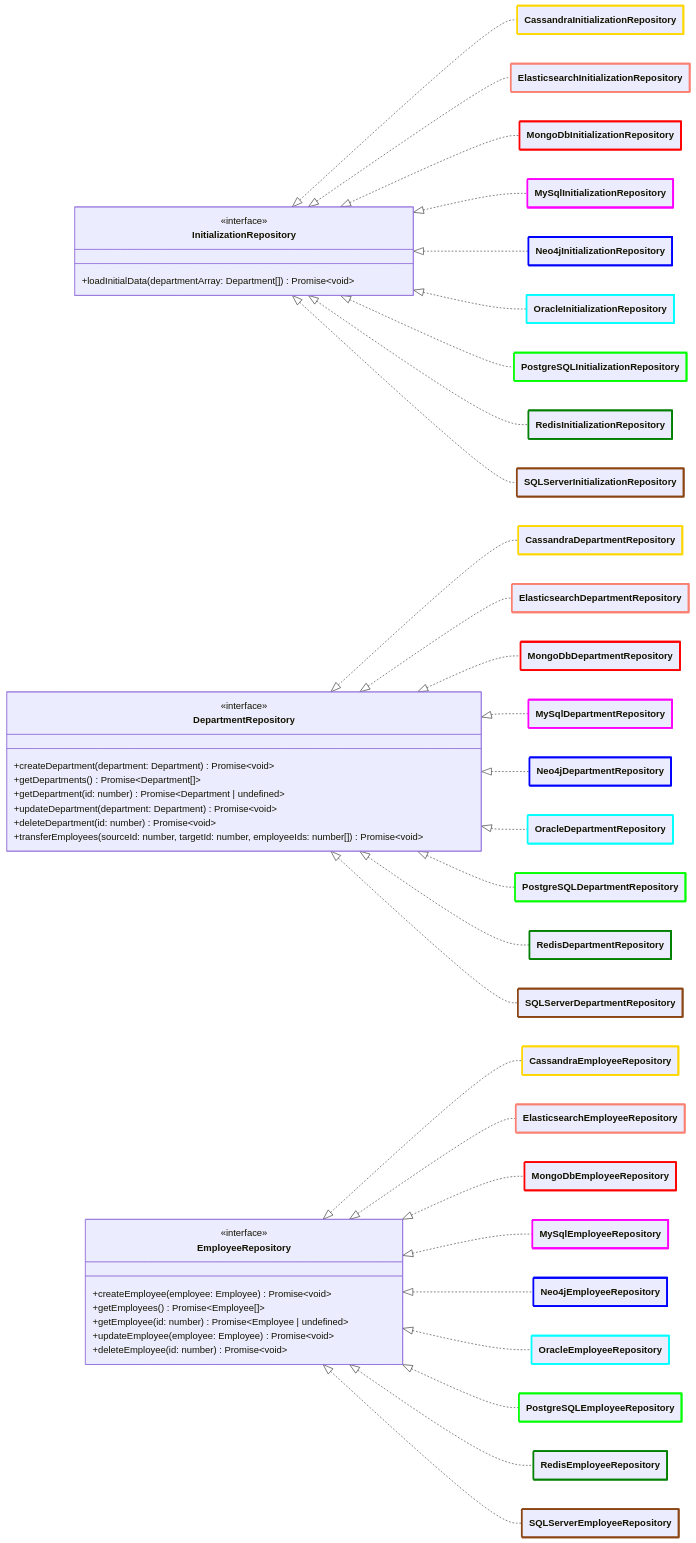
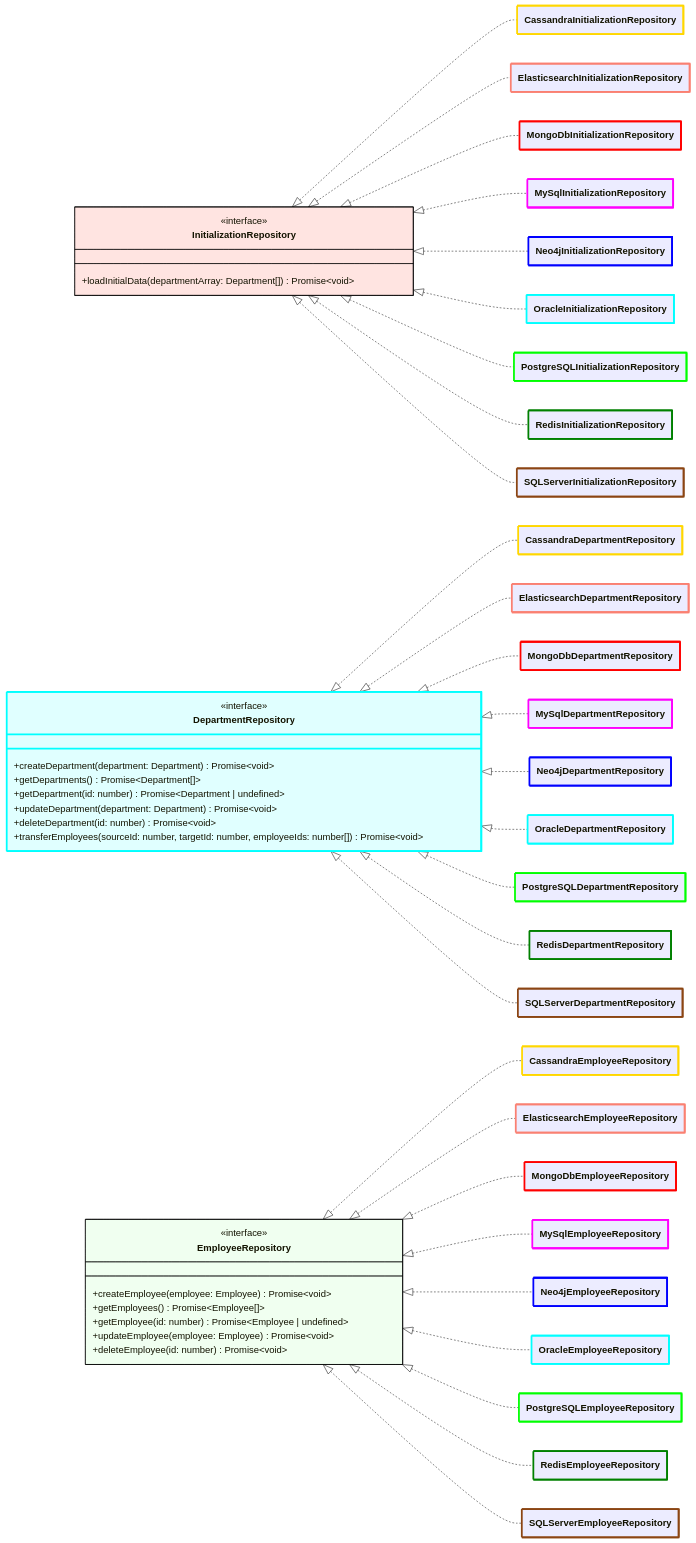
Before and after one commit to k1729p/Study28: the diagram in docs/mermaid/classDiagramRepositories.md, drawn with Mermaid. The commit also changed 2 other files, not shown here.

```diff
--- a/docs/mermaid/classDiagramRepositories.md
+++ b/docs/mermaid/classDiagramRepositories.md
@@ -9,7 +9,7 @@
 classDiagram
   direction LR
 %% Initialization Repositories
-  class InitializationRepository {
+  class InitializationRepository:::mistyrose {
     <<interface>>
     +loadInitialData(departmentArray: Department[]) Promise~void~
   }
@@ -34,7 +34,7 @@
   InitializationRepository <|.. RedisInitializationRepository
   InitializationRepository <|.. SQLServerInitializationRepository
 %% Department Repositories
-  class DepartmentRepository {
+  class DepartmentRepository:::lightcyan {
     <<interface>>
     +createDepartment(department: Department) Promise~void~
     +getDepartments() Promise~Department[]~
@@ -64,7 +64,7 @@
   DepartmentRepository <|.. RedisDepartmentRepository
   DepartmentRepository <|.. SQLServerDepartmentRepository
 %% Employee Repositories
-  class EmployeeRepository {
+  class EmployeeRepository:::honeydew {
     <<interface>>
     +createEmployee(employee: Employee) Promise~void~
     +getEmployees() Promise~Employee[]~
@@ -93,6 +93,11 @@
   EmployeeRepository <|.. RedisEmployeeRepository
   EmployeeRepository <|.. SQLServerEmployeeRepository
 %% Styles
+%% Styles
+  classDef honeydew fill:honeydew,stroke:black,stroke-width:1px
+  classDef lightcyan fill:lightcyan,stroke:black,stroke-width:1px
+  classDef mistyrose fill:mistyrose,stroke:black,stroke-width:1px
+
   classDef brown stroke:saddlebrown,stroke-width:3px
   classDef blue stroke:blue,stroke-width:3px
   classDef chocolate stroke:chocolate,stroke-width:3px
```
